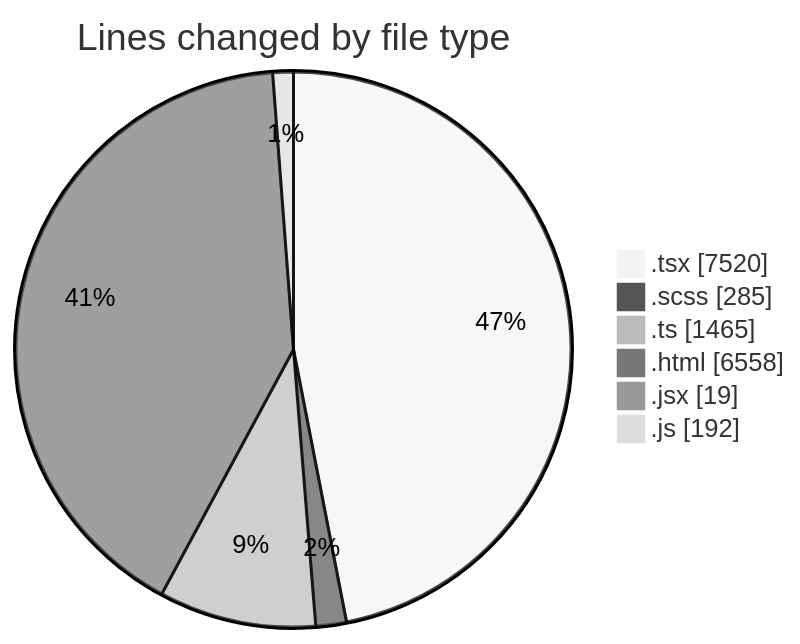
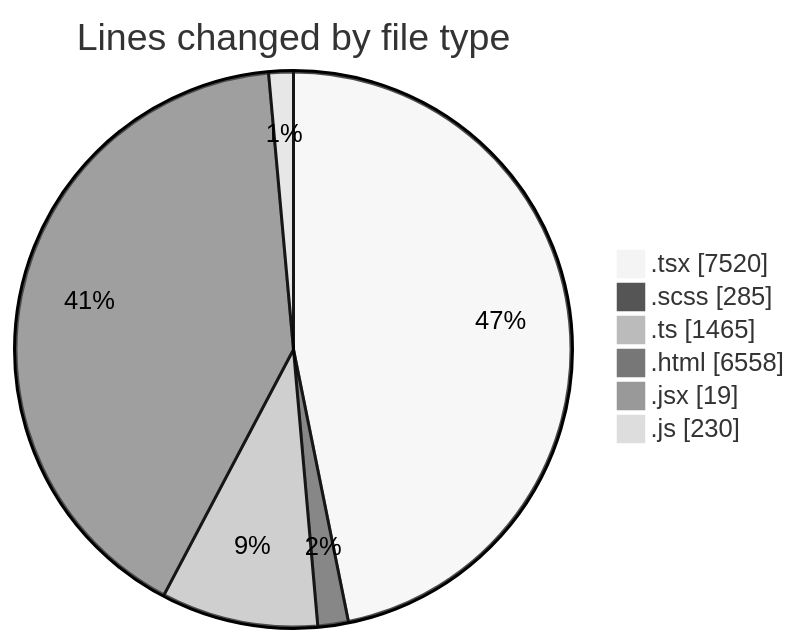
One commit to momahboobian/code-tracking changed the first of 2 diagrams in 2026-02-25/cda/README.md. Above: the diagram before and after it, drawn with Mermaid (neutral theme). The commit also changed other lines of this file and 1 other file, not shown here.

````diff
--- a/2026-02-25/cda/README.md
+++ b/2026-02-25/cda/README.md
@@ -29,10 +29,10 @@
 ```mermaid
 pie showData
 title Lines changed by file type
 ".tsx" : 7520
 ".scss" : 285
 ".ts" : 1465
 ".html" : 6558
 ".jsx" : 19
-".js" : 192
+".js" : 230
 ```
````
